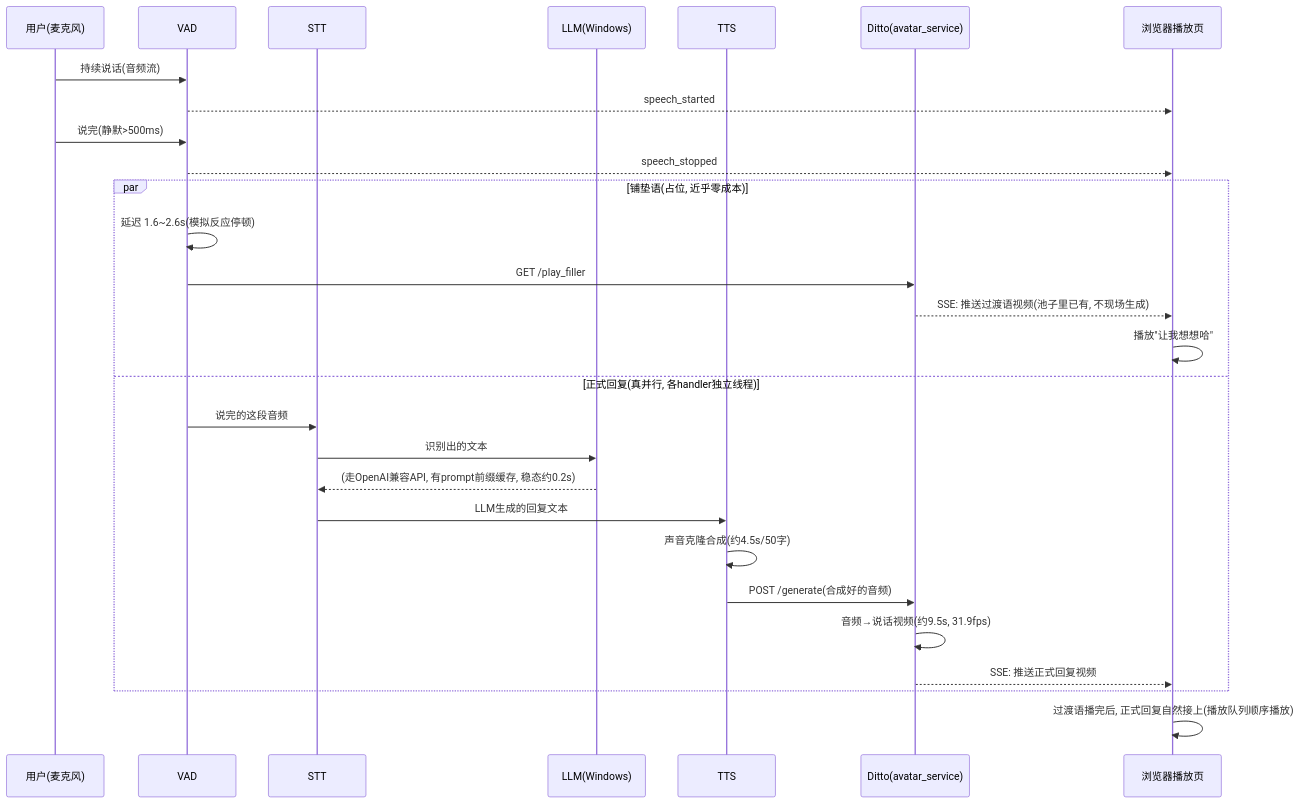
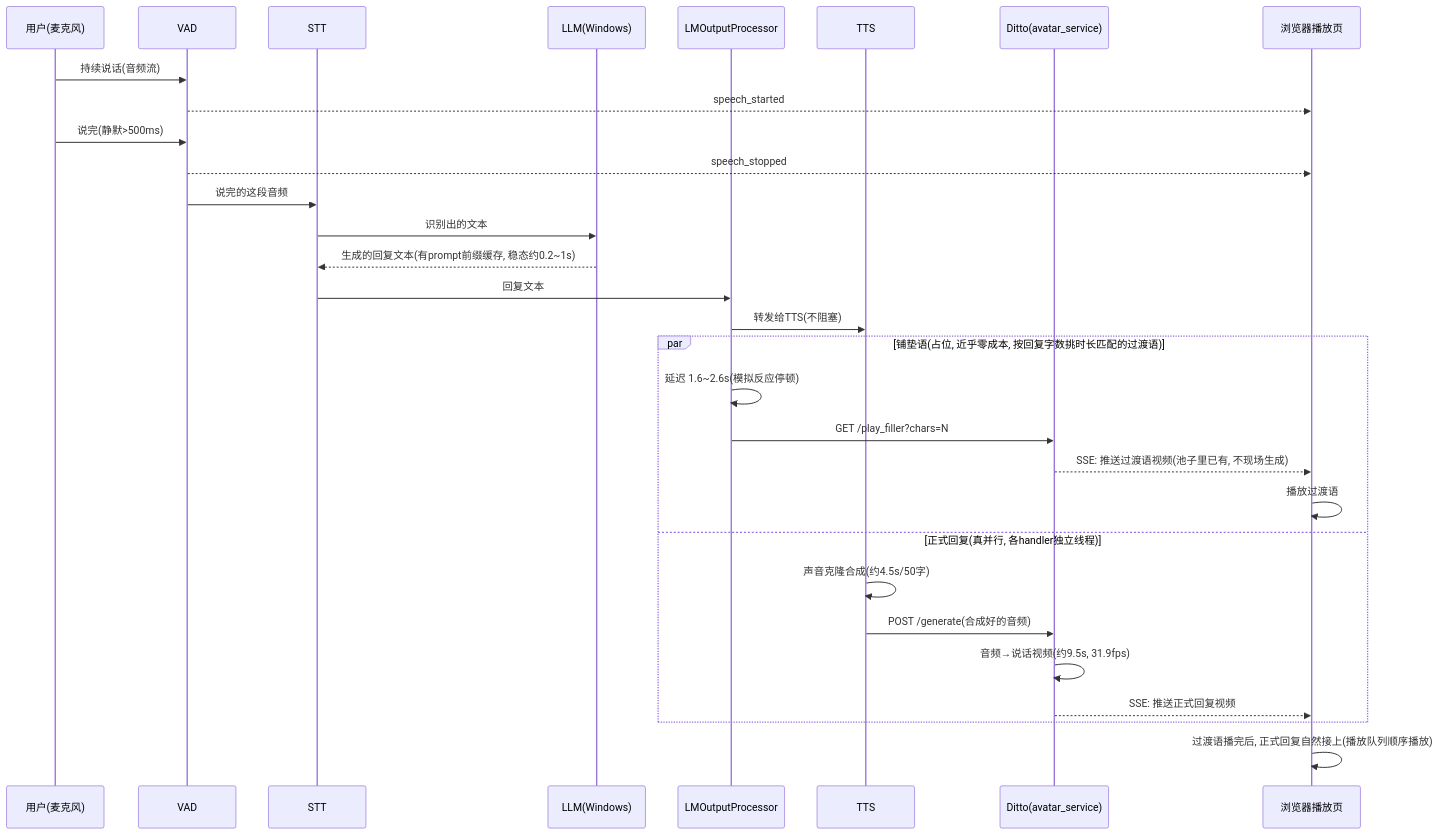
The second of 2 diagrams in docs/系统架构.md (yzhong1985/cyber-girl), drawn with Mermaid before and after one commit. The commit also changed other lines of this file, not shown here.

Commit message:
架构文档同步铺垫语触发点变更(VAD→LMOutputProcessor)

````diff
--- a/docs/系统架构.md
+++ b/docs/系统架构.md
@@ -82,31 +82,33 @@
 ```mermaid
 sequenceDiagram
     participant U as 用户(麦克风)
     participant V as VAD
     participant S as STT
     participant L as LLM(Windows)
+    participant P as LMOutputProcessor
     participant T as TTS
     participant D as Ditto(avatar_service)
     participant B as 浏览器播放页
 
     U->>V: 持续说话(音频流)
     V-->>B: speech_started
     U->>V: 说完(静默>500ms)
     V-->>B: speech_stopped
-    par 铺垫语(占位, 近乎零成本)
-        V->>V: 延迟 1.6~2.6s(模拟反应停顿)
-        V->>D: GET /play_filler
+    V->>S: 说完的这段音频
+    S->>L: 识别出的文本
+    L-->>S: 生成的回复文本(有prompt前缀缓存, 稳态约0.2~1s)
+    S->>P: 回复文本
+    P->>T: 转发给TTS(不阻塞)
+    par 铺垫语(占位, 近乎零成本, 按回复字数挑时长匹配的过渡语)
+        P->>P: 延迟 1.6~2.6s(模拟反应停顿)
+        P->>D: GET /play_filler?chars=N
         D-->>B: SSE: 推送过渡语视频(池子里已有, 不现场生成)
-        B->>B: 播放"让我想想哈"
+        B->>B: 播放过渡语
     and 正式回复(真并行, 各handler独立线程)
-        V->>S: 说完的这段音频
-        S->>L: 识别出的文本
-        L-->>S: (走OpenAI兼容API, 有prompt前缀缓存, 稳态约0.2s)
-        S->>T: LLM生成的回复文本
         T->>T: 声音克隆合成(约4.5s/50字)
         T->>D: POST /generate(合成好的音频)
         D->>D: 音频→说话视频(约9.5s, 31.9fps)
         D-->>B: SSE: 推送正式回复视频
     end
     B->>B: 过渡语播完后, 正式回复自然接上(播放队列顺序播放)
 ```
````
